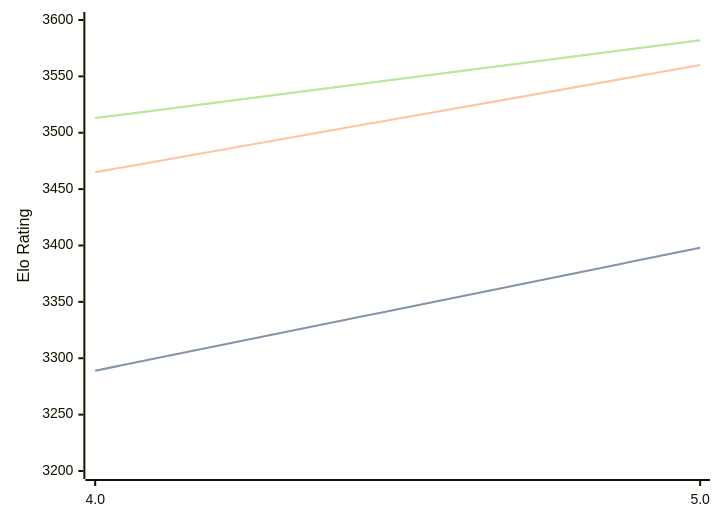
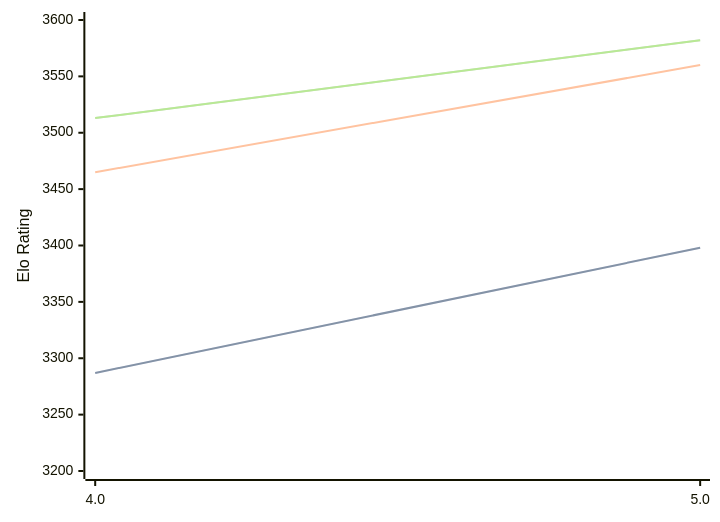
The diagram in engines/Tarnished.md (computer-chess-index/cci), drawn with Mermaid before and after one commit. The commit also changed other lines of this file, not shown here.

````diff
--- a/engines/Tarnished.md
+++ b/engines/Tarnished.md
@@ -36,11 +36,11 @@
 ```mermaid
 %%{init: {"theme":"base","themeVariables":{"seriesColors:['#a3a3a3','#222221','#faa371']}}}%%
 xychart-beta
   x-axis ["4.0", "5.0"]
   y-axis "Elo Rating" 3200 --> 3600
-  line "STC (8.0+0.08s)" [3289, 3398]
-  line "STC (8.0+0.08s)" [3289, 3398]
+  line "STC (8.0+0.08s)" [3287, 3398]
+  line "STC (8.0+0.08s)" [3287, 3398]
   line "LTC (60.0+0.60s)" [3465, 3560]
   line "VLTC (2m24s+1.12s)" [3513, 3582]
   line "VLTC (2m24s+1.12s)" [3513, 3582]
 ```
````
